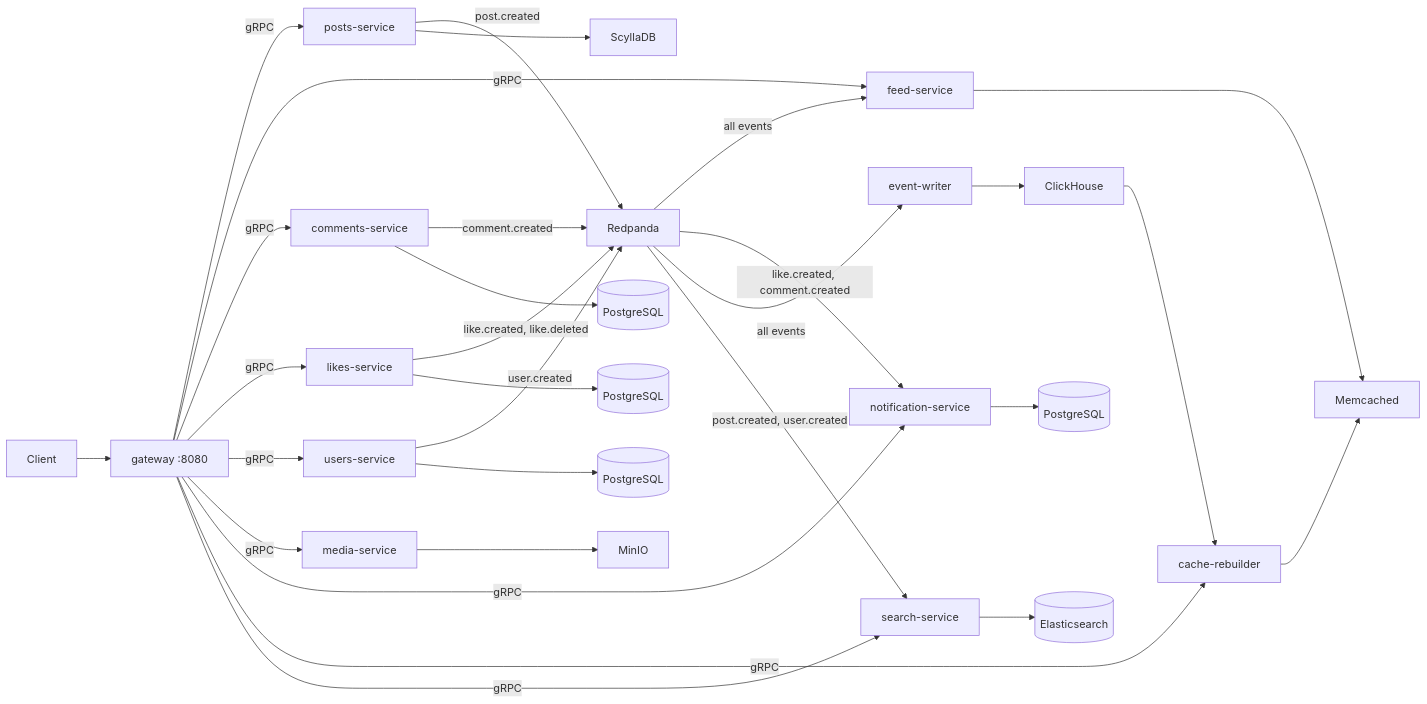
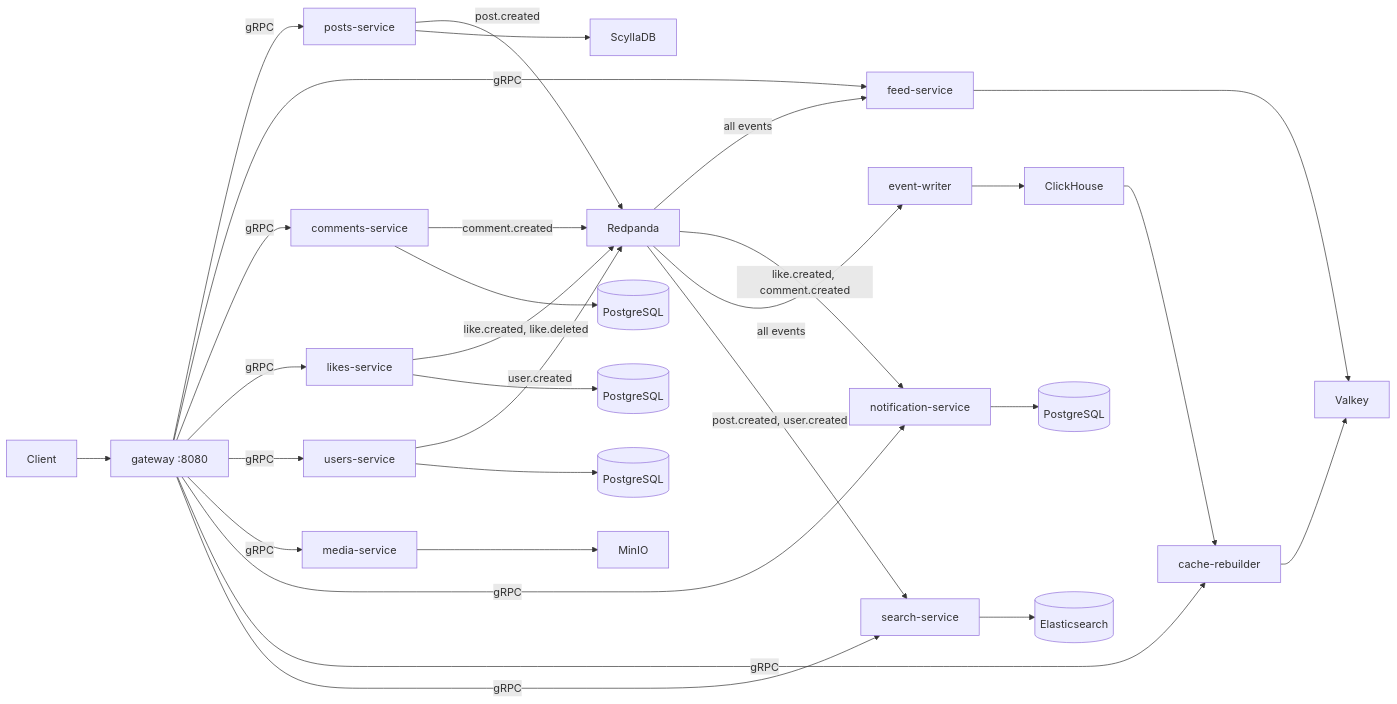
The diagram in README.md (vahan-sahakyan/distributed-social-network), drawn with Mermaid before and after one commit. The commit also changed other lines of this file and 60 other files, not shown here.

Commit message:
[feat] feed cache on valkey: sorted-set timelines, one hash per post (#69)

````diff
--- a/README.md
+++ b/README.md
@@ -7,36 +7,36 @@
 ```mermaid
 graph LR
     Client --> Gateway[gateway :8080]
     Gateway -->|gRPC| Posts[posts-service]
     Gateway -->|gRPC| Feed[feed-service]
     Gateway -->|gRPC| Comments[comments-service]
     Gateway -->|gRPC| Likes[likes-service]
     Gateway -->|gRPC| Users[users-service]
     Gateway -->|gRPC| Media[media-service]
     Gateway -->|gRPC| Notif[notification-service]
     Gateway -->|gRPC| CacheRebuilder[cache-rebuilder]
     Gateway -->|gRPC| Search[search-service]
 
     Posts -->|post.created| Redpanda
     Comments -->|comment.created| Redpanda
     Likes -->|like.created, like.deleted| Redpanda
     Users -->|user.created| Redpanda
 
     Redpanda -->|all events| Feed
     Redpanda -->|like.created, comment.created| Notif
     Redpanda -->|all events| EventWriter[event-writer]
     Redpanda -->|post.created, user.created| Search
     Search --> ES[(Elasticsearch)]
 
     EventWriter --> ClickHouse
     ClickHouse --> CacheRebuilder
-    CacheRebuilder --> Memcached
-    Feed --> Memcached
+    CacheRebuilder --> Valkey
+    Feed --> Valkey
 
     Posts --> ScyllaDB
     Comments --> PG1[(PostgreSQL)]
     Likes --> PG2[(PostgreSQL)]
     Users --> PG3[(PostgreSQL)]
     Notif --> PG4[(PostgreSQL)]
     Media --> MinIO
 ```
````
